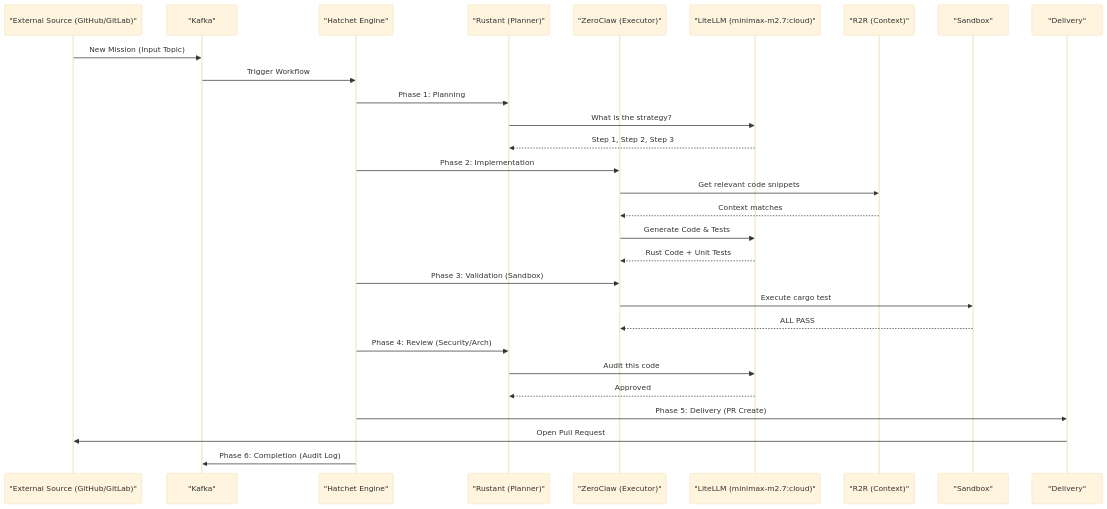
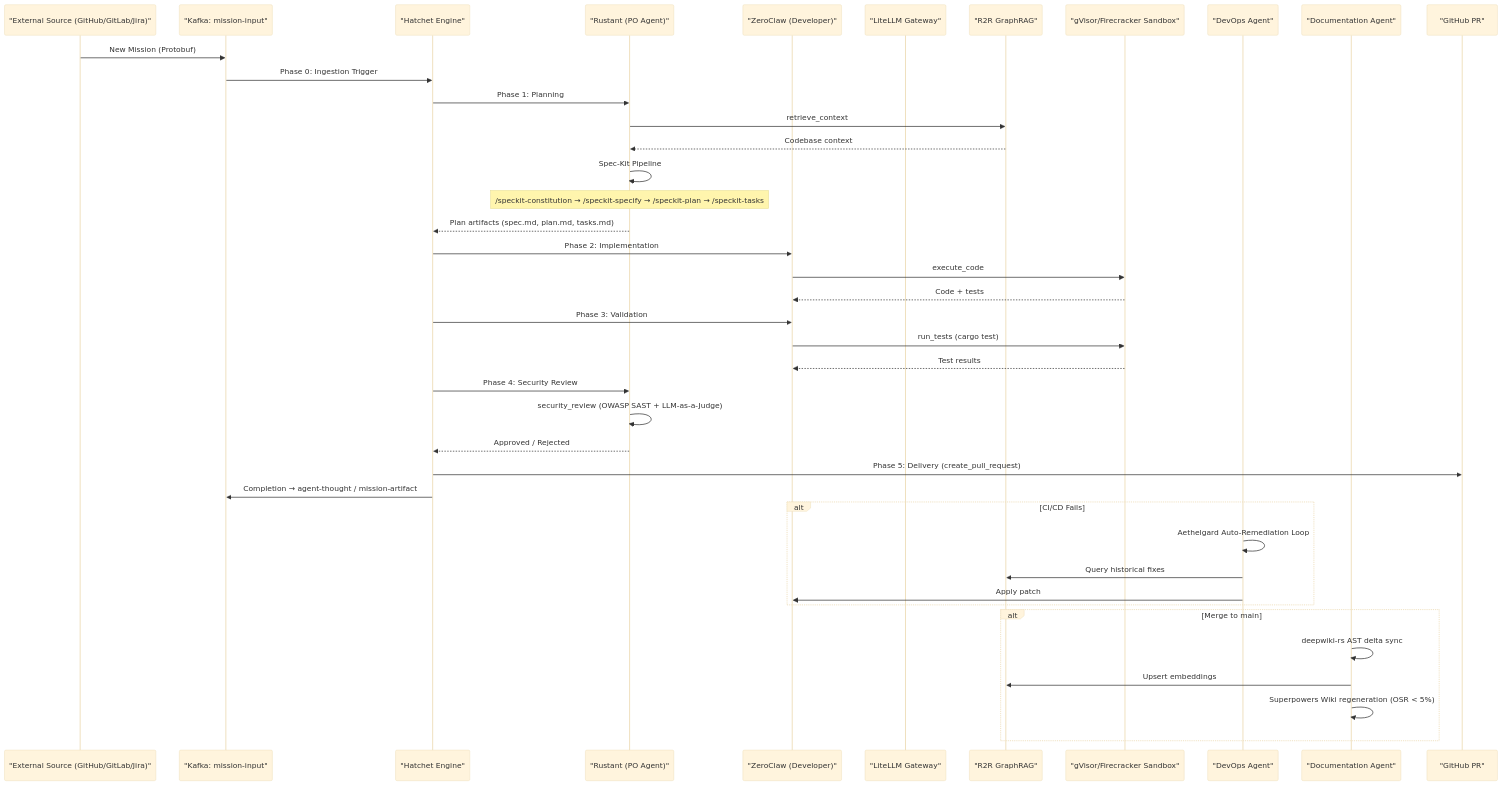
Before and after one commit to lgcorzo/rust_CACD_autonomous_factory: the first of 2 diagrams in wiki/EXPERIMENT-LIFECYCLE.md, drawn with Mermaid (base theme). The commit also changed other lines of this file and 12 other files, not shown here.

Commit message:
docs: overhaul wiki documentation, expanding architectural, infrastructure, and operational specifications.

````diff
--- a/wiki/EXPERIMENT-LIFECYCLE.md
+++ b/wiki/EXPERIMENT-LIFECYCLE.md
@@ -11,32 +11,44 @@
 ```mermaid
 sequenceDiagram
-    participant GH as "External Source (GitHub/GitLab)"
-    participant Kafka as "Kafka"
+    participant Ext as "External Source (GitHub/GitLab/Jira)"
+    participant Kafka as "Kafka: mission-input"
     participant Hatchet as "Hatchet Engine"
-    participant RU as "Rustant (Planner)"
-    participant ZC as "ZeroClaw (Executor)"
-    participant LLM as "LiteLLM (minimax-m2.7:cloud)"
-    participant R2R as "R2R (Context)"
-    participant Sandbox as "Sandbox"
-    participant Delivery as "Delivery"
+    participant RU as "Rustant (PO Agent)"
+    participant ZC as "ZeroClaw (Developer)"
+    participant LLM as "LiteLLM Gateway"
+    participant R2R as "R2R GraphRAG"
+    participant Sandbox as "gVisor/Firecracker Sandbox"
+    participant DevOps as "DevOps Agent"
+    participant Doc as "Documentation Agent"
+    participant GH as "GitHub PR"
 
-    GH->>Kafka: New Mission (Input Topic)
-    Kafka->>Hatchet: Trigger Workflow
+    Ext->>Kafka: New Mission (Protobuf)
+    Kafka->>Hatchet: Phase 0: Ingestion Trigger
     Hatchet->>RU: Phase 1: Planning
-    RU->>LLM: What is the strategy?
-    LLM-->>RU: Step 1, Step 2, Step 3
+    RU->>R2R: retrieve_context
+    R2R-->>RU: Codebase context
+    RU->>RU: Spec-Kit Pipeline
+    Note over RU: /speckit-constitution → /speckit-specify → /speckit-plan → /speckit-tasks
+    RU-->>Hatchet: Plan artifacts (spec.md, plan.md, tasks.md)
     Hatchet->>ZC: Phase 2: Implementation
-    ZC->>R2R: Get relevant code snippets
-    R2R-->>ZC: Context matches
-    ZC->>LLM: Generate Code & Tests
-    LLM-->>ZC: Rust Code + Unit Tests
-    Hatchet->>ZC: Phase 3: Validation (Sandbox)
-    ZC->>Sandbox: Execute cargo test
-    Sandbox-->>ZC: ALL PASS
-    Hatchet->>RU: Phase 4: Review (Security/Arch)
-    RU->>LLM: Audit this code
-    LLM-->>RU: Approved
-    Hatchet->>Delivery: Phase 5: Delivery (PR Create)
-    Delivery->>GH: Open Pull Request
-    Hatchet->>Kafka: Phase 6: Completion (Audit Log)
+    ZC->>Sandbox: execute_code
+    Sandbox-->>ZC: Code + tests
+    Hatchet->>ZC: Phase 3: Validation
+    ZC->>Sandbox: run_tests (cargo test)
+    Sandbox-->>ZC: Test results
+    Hatchet->>RU: Phase 4: Security Review
+    RU->>RU: security_review (OWASP SAST + LLM-as-a-Judge)
+    RU-->>Hatchet: Approved / Rejected
+    Hatchet->>GH: Phase 5: Delivery (create_pull_request)
+    Hatchet->>Kafka: Completion → agent-thought / mission-artifact
+    alt CI/CD Fails
+        DevOps->>DevOps: Aethelgard Auto-Remediation Loop
+        DevOps->>R2R: Query historical fixes
+        DevOps->>ZC: Apply patch
+    end
+    alt Merge to main
+        Doc->>Doc: deepwiki-rs AST delta sync
+        Doc->>R2R: Upsert embeddings
+        Doc->>Doc: Superpowers Wiki regeneration (OSR < 5%)
+    end
 ```
````
